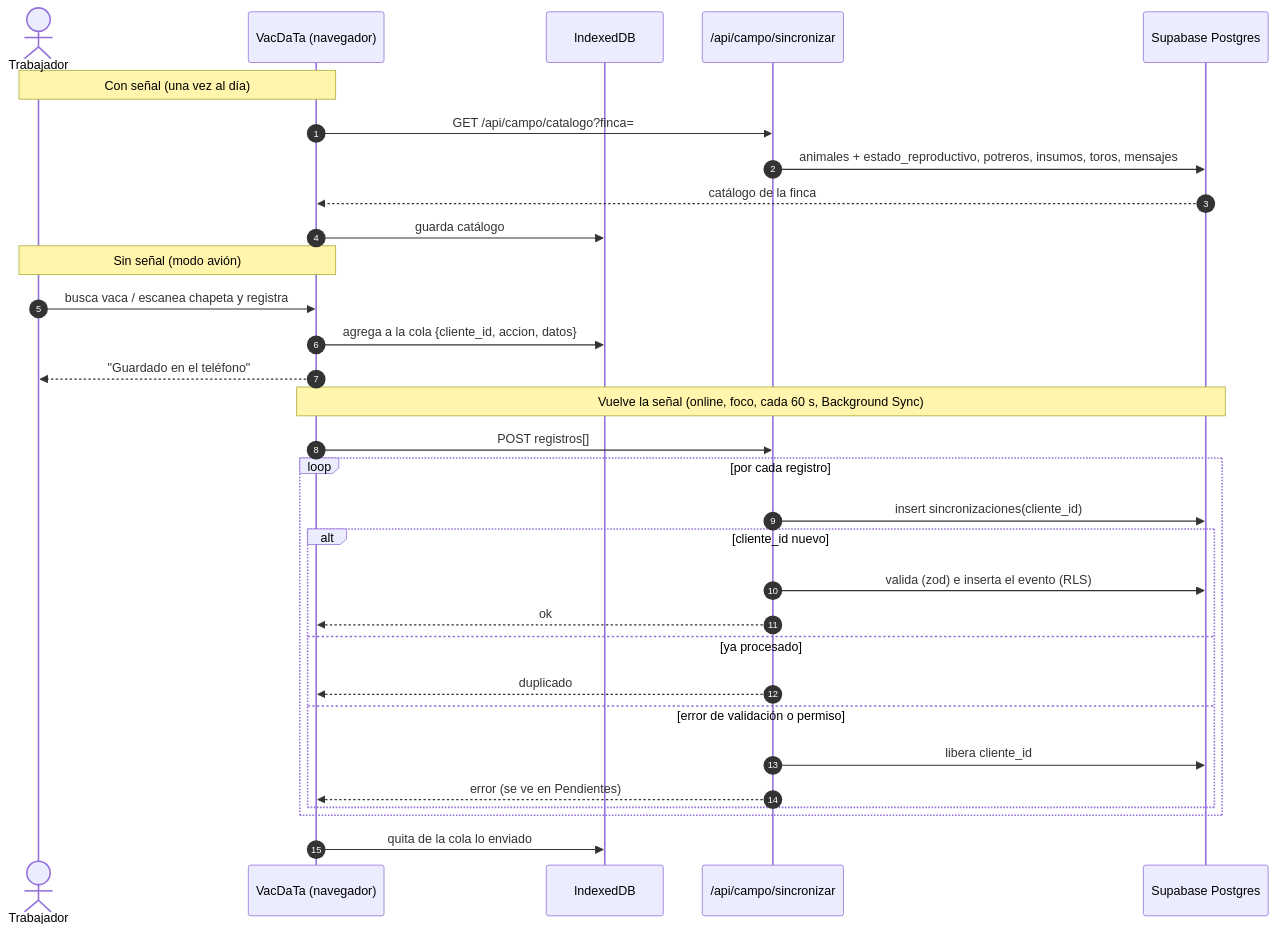
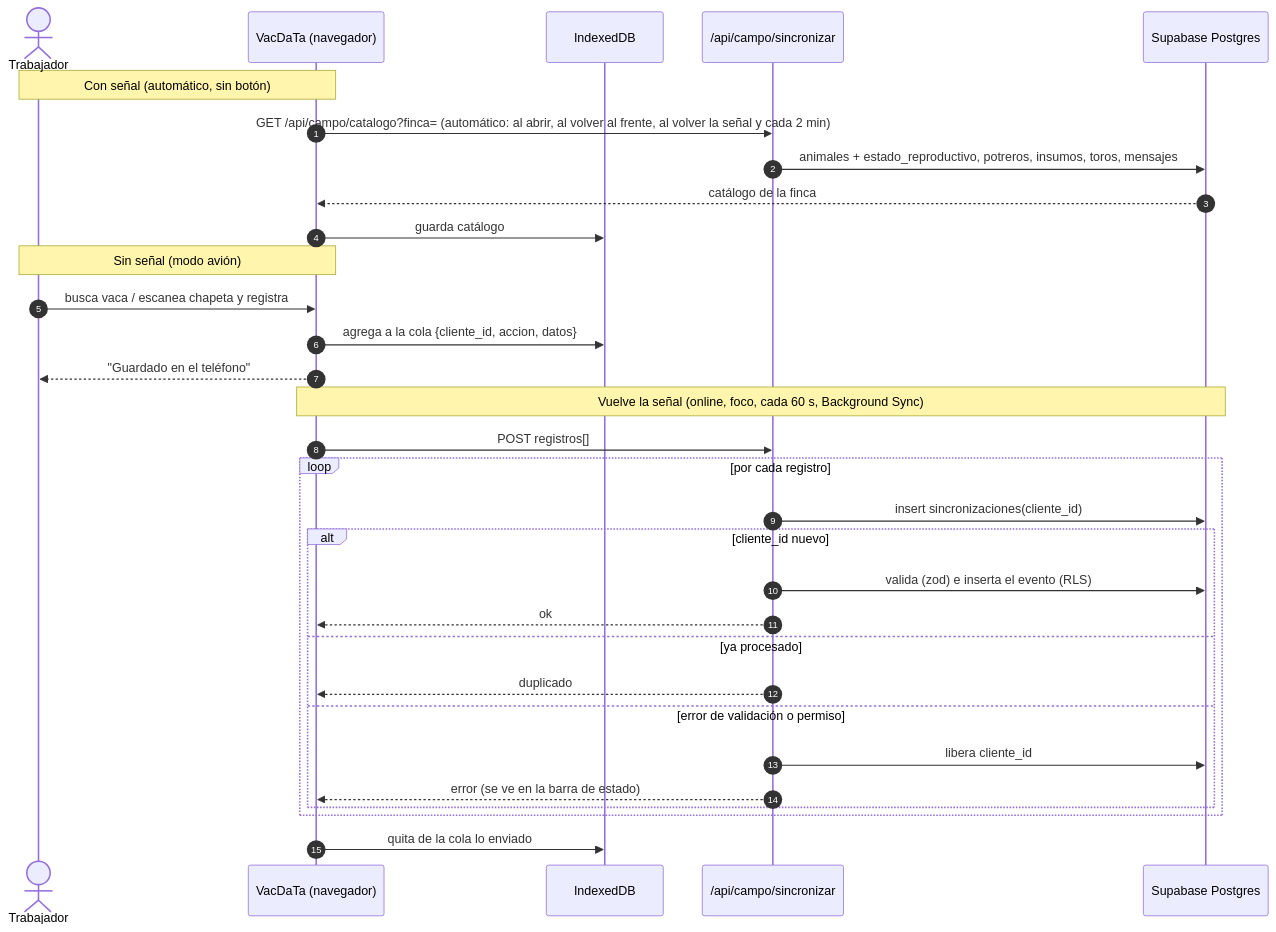
The fourth of 13 diagrams in README.md (davideliaspalacio/vacInfo), drawn with Mermaid before and after one commit. The commit also changed other lines of this file and 24 other files, not shown here.

````diff
--- a/README.md
+++ b/README.md
@@ -228,36 +228,36 @@
 ```mermaid
 sequenceDiagram
     autonumber
     actor J as Trabajador
     participant App as VacDaTa (navegador)
     participant DB as IndexedDB
     participant API as /api/campo/sincronizar
     participant PG as Supabase Postgres
 
-    Note over J,App: Con señal (una vez al día)
-    App->>API: GET /api/campo/catalogo?finca=
+    Note over J,App: Con señal (automático, sin botón)
+    App->>API: GET /api/campo/catalogo?finca= (automático: al abrir, al volver al frente, al volver la señal y cada 2 min)
     API->>PG: animales + estado_reproductivo, potreros, insumos, toros, mensajes
     PG-->>App: catálogo de la finca
     App->>DB: guarda catálogo
 
     Note over J,App: Sin señal (modo avión)
     J->>App: busca vaca / escanea chapeta y registra
     App->>DB: agrega a la cola {cliente_id, accion, datos}
     App-->>J: "Guardado en el teléfono"
 
     Note over App,PG: Vuelve la señal (online, foco, cada 60 s, Background Sync)
     App->>API: POST registros[]
     loop por cada registro
         API->>PG: insert sincronizaciones(cliente_id)
         alt cliente_id nuevo
             API->>PG: valida (zod) e inserta el evento (RLS)
             API-->>App: ok
         else ya procesado
             API-->>App: duplicado
         else error de validación o permiso
             API->>PG: libera cliente_id
-            API-->>App: error (se ve en Pendientes)
+            API-->>App: error (se ve en la barra de estado)
         end
     end
     App->>DB: quita de la cola lo enviado
 ```
````
